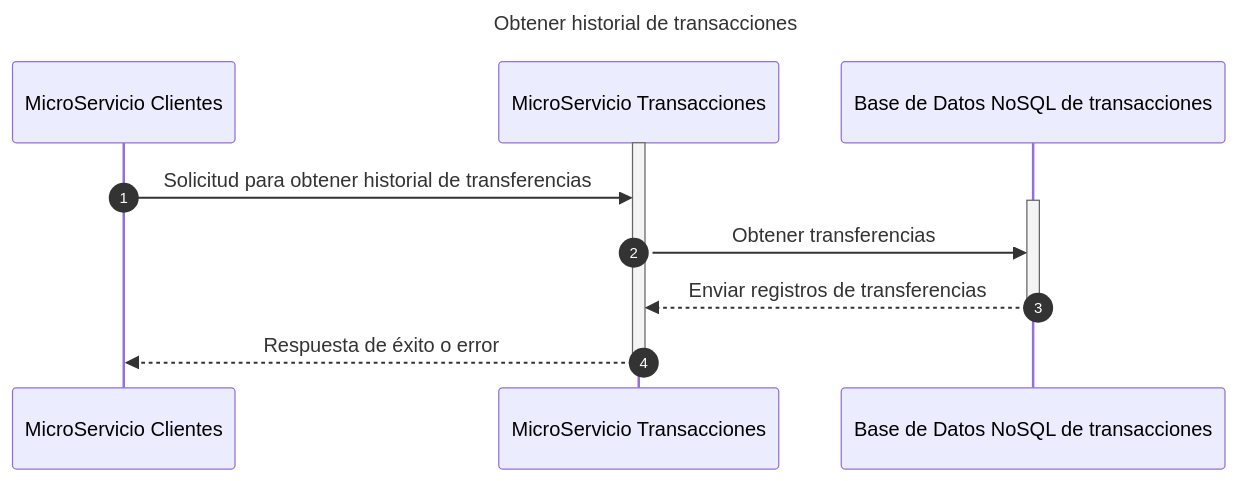
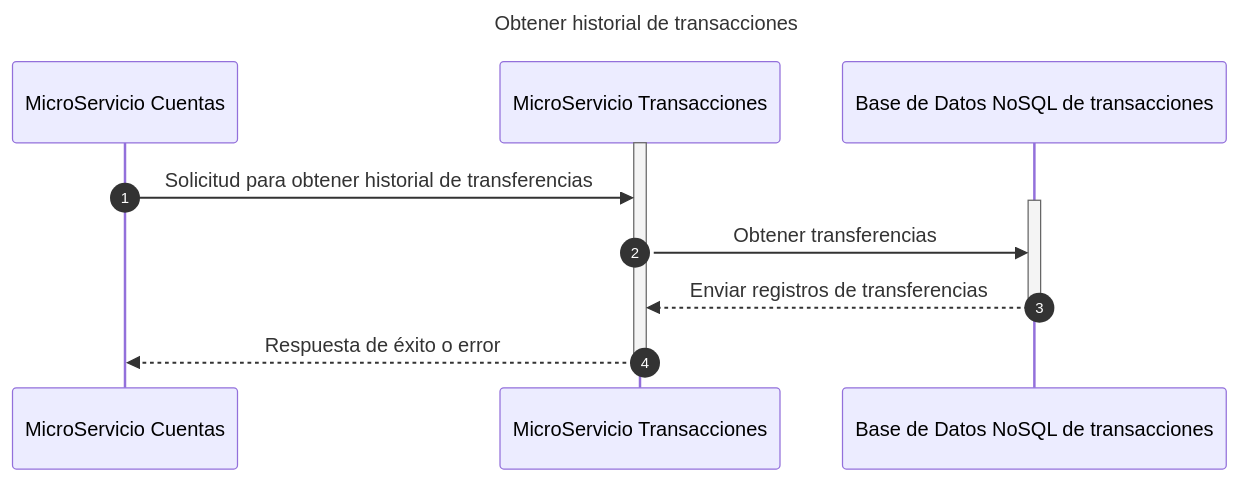
One commit to dannyverap/transactionms changed diagram 17 of 17 in Documentacion/DiagramaDeSecuencia.md. Above: the diagram before and after it, drawn with Mermaid. The commit also changed other lines of this file, not shown here.

````diff
--- a/Documentacion/DiagramaDeSecuencia.md
+++ b/Documentacion/DiagramaDeSecuencia.md
@@ -414,16 +414,16 @@
 ```mermaid
 sequenceDiagram
     title Obtener historial de transacciones
     autonumber
-    participant MsCliente as MicroServicio Clientes
+    participant MsCuenta as MicroServicio Cuentas
     participant MsTransaction as MicroServicio Transacciones
     participant TransactionDb as Base de Datos NoSQL de transacciones
     activate MsTransaction
-    MsCliente ->> MsTransaction: Solicitud para obtener historial de transferencias
+    MsCuenta ->> MsTransaction: Solicitud para obtener historial de transferencias
     activate TransactionDb
     MsTransaction ->> TransactionDb: Obtener transferencias
     TransactionDb -->> MsTransaction: Enviar registros de transferencias
     deactivate TransactionDb
-    MsTransaction -->> MsCliente: Respuesta de éxito o error
+    MsTransaction -->> MsCuenta: Respuesta de éxito o error
     deactivate MsTransaction
 ```
````
